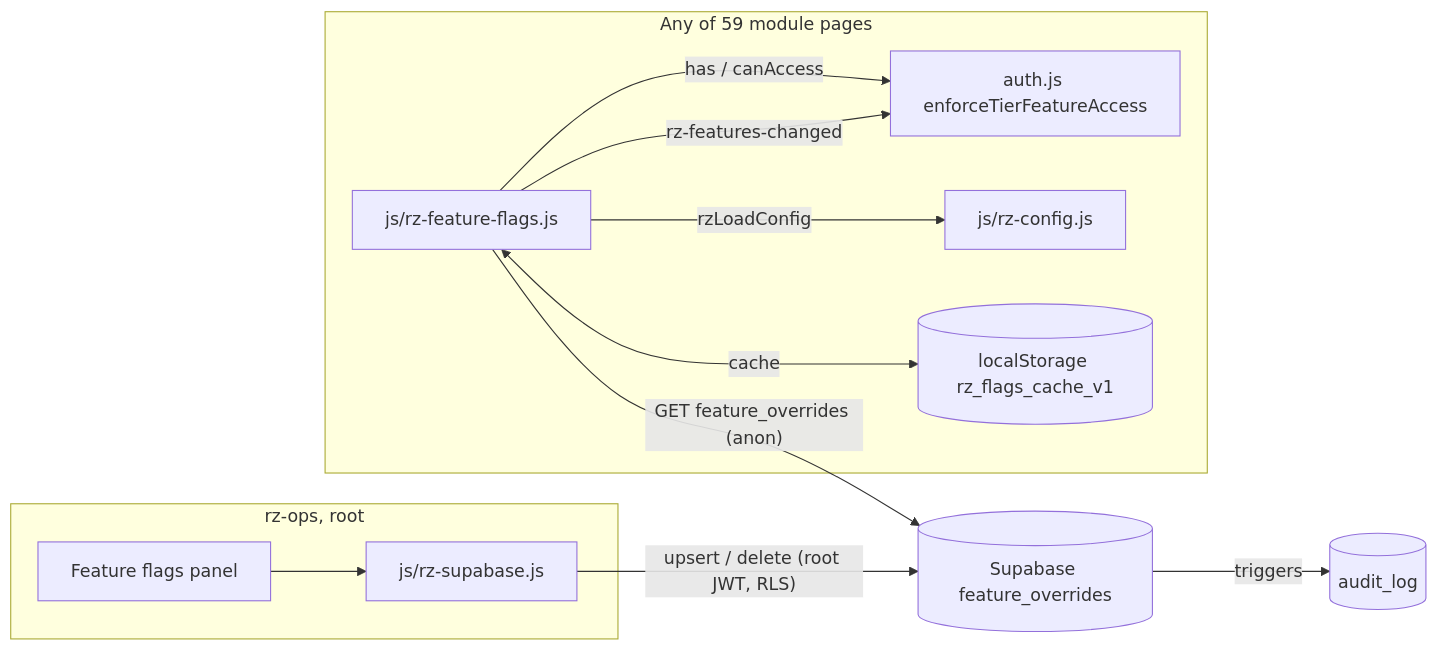
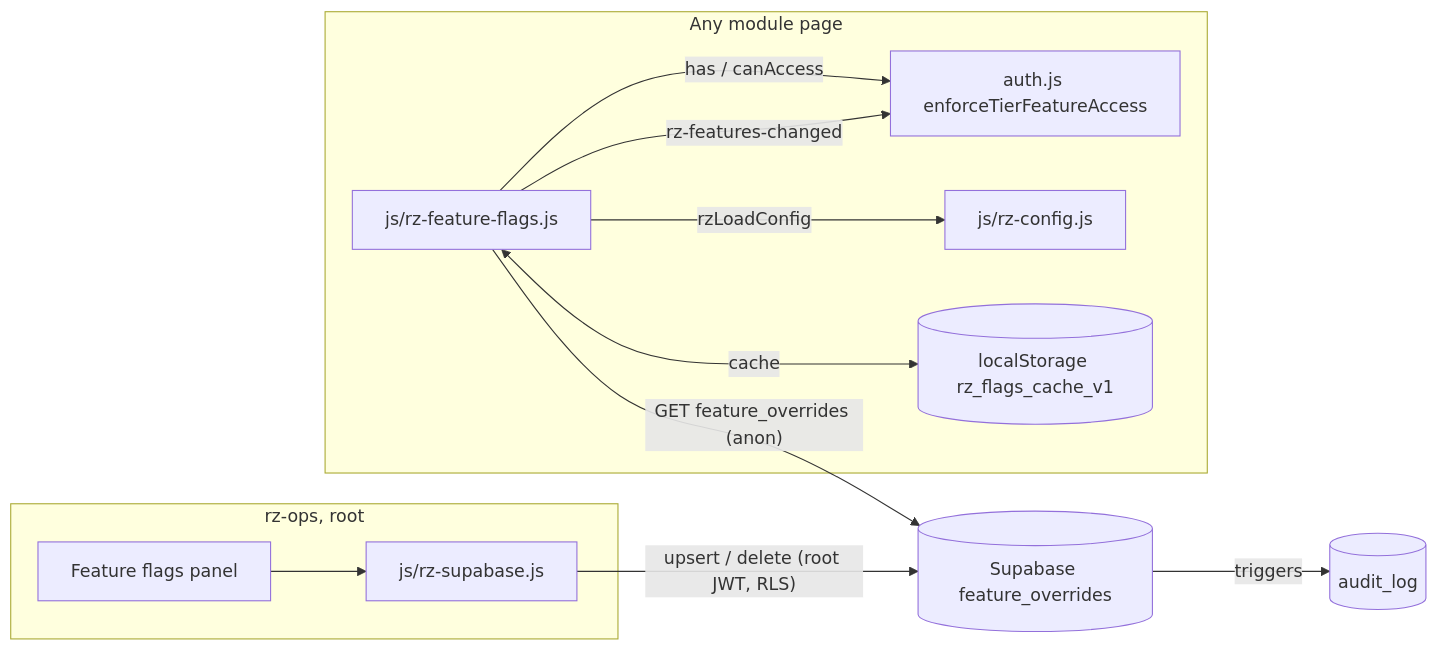
The third of 4 diagrams in documentation/product-transformation/02-prds/PRD-Q11/PRD.md (baguspermana7-cpu/bfrfranco.github.io), drawn with Mermaid before and after one commit. The commit also changed other lines of this file and 5 other files, not shown here.

````diff
--- a/documentation/product-transformation/02-prds/PRD-Q11/PRD.md
+++ b/documentation/product-transformation/02-prds/PRD-Q11/PRD.md
@@ -927,15 +945,15 @@
 ```mermaid
 flowchart LR
-  subgraph Page [Any of 59 module pages]
+  subgraph Page [Any module page]
     FF[js/rz-feature-flags.js] -- has / canAccess --> AU[auth.js enforceTierFeatureAccess]
     FF -- rz-features-changed --> AU
     FF -- rzLoadConfig --> CFG[js/rz-config.js]
     FF <-- cache --> LS[(localStorage rz_flags_cache_v1)]
   end
   FF -- GET feature_overrides (anon) --> DB[(Supabase feature_overrides)]
   subgraph Admin [rz-ops, root]
     PANEL[Feature flags panel] --> SB[js/rz-supabase.js]
   end
   SB -- upsert / delete (root JWT, RLS) --> DB
   DB -- triggers --> AL[(audit_log)]
 ```
````
